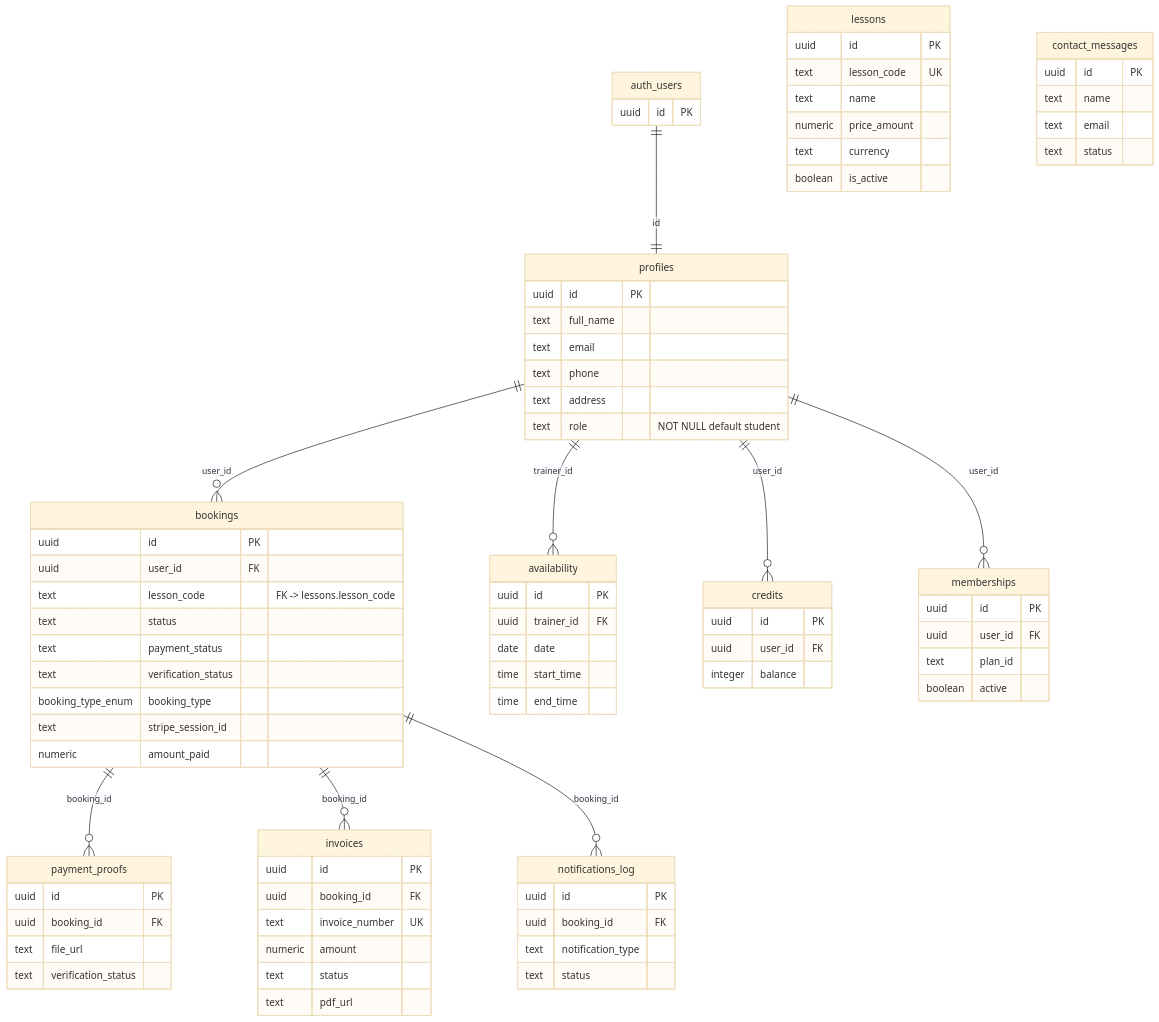
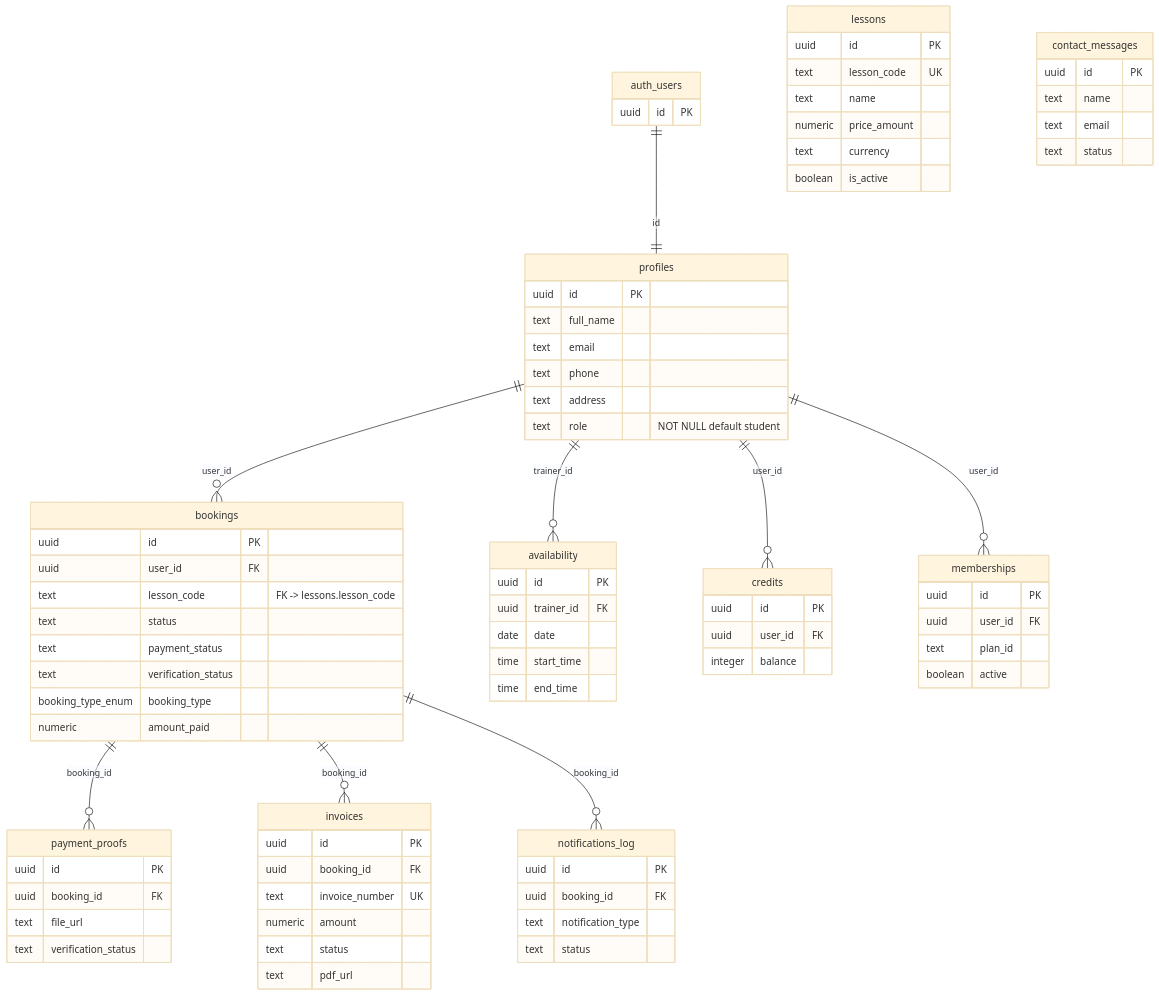
Before and after one commit to AGCPadelAcademy/web_application: the diagram in specs/baseline-system/supabase-backend.md, drawn with Mermaid (base theme). The commit also changed other lines of this file and 107 other files, not shown here.

```diff
--- a/specs/baseline-system/supabase-backend.md
+++ b/specs/baseline-system/supabase-backend.md
@@ -275,7 +289,6 @@
         text payment_status
         text verification_status
         booking_type_enum booking_type
-        text stripe_session_id
         numeric amount_paid
     }
     invoices {
```
